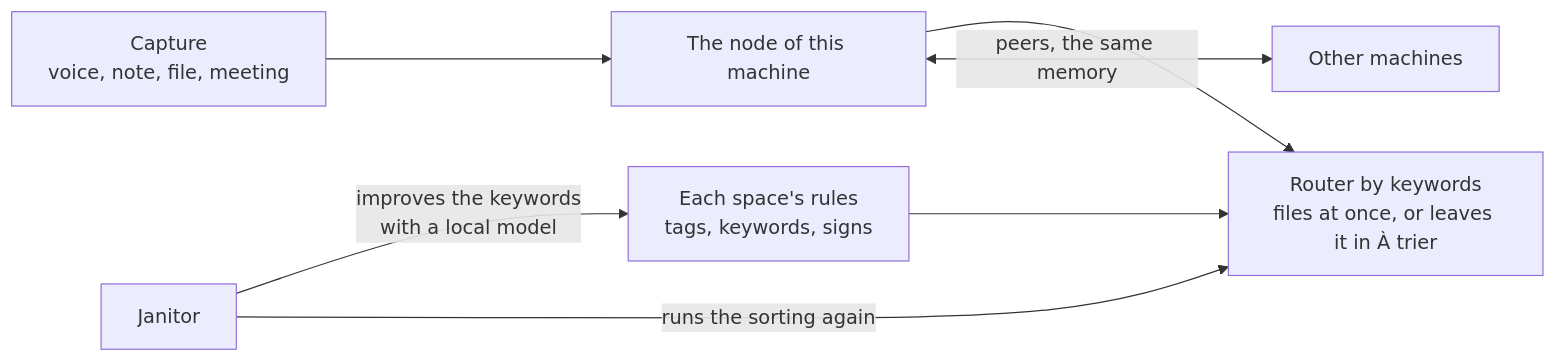
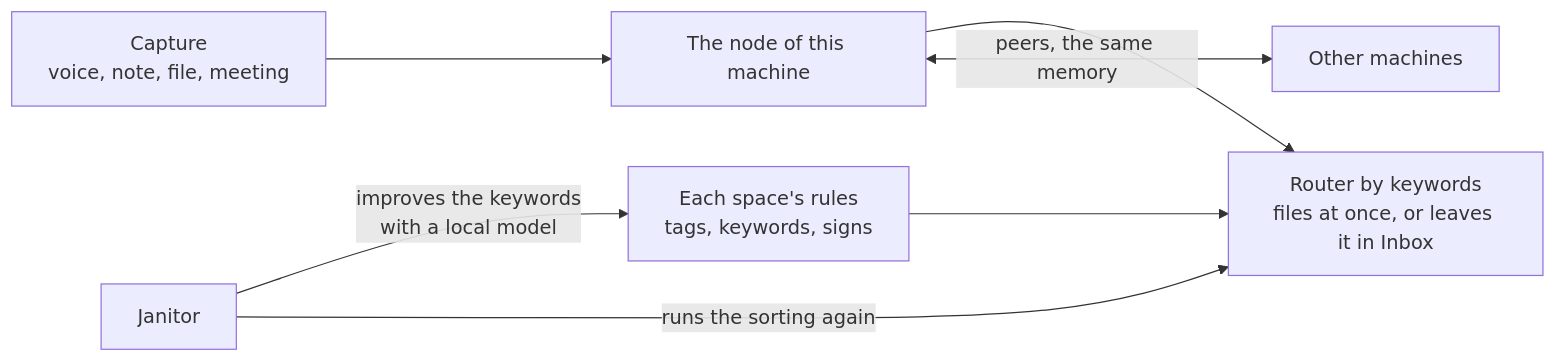
Before and after one commit to WilliamFriconneau/cartafolio-core: the third of 3 diagrams in docs/REFERENCE.md, drawn with Mermaid. The commit also changed other lines of this file and 102 other files, not shown here.

````diff
--- a/docs/REFERENCE.md
+++ b/docs/REFERENCE.md
@@ -53,9 +53,9 @@
 ```mermaid
 flowchart LR
   CAP["Capture<br/>voice, note, file, meeting"] --> N["The node of this machine"]
-  N --> RT["Router by keywords<br/>files at once, or leaves it in À trier"]
+  N --> RT["Router by keywords<br/>files at once, or leaves it in Inbox"]
   J["Janitor"] -- "improves the keywords<br/>with a local model" --> RU["Each space's rules<br/>tags, keywords, signs"]
   RU --> RT
   J -- "runs the sorting again" --> RT
   N <-- "peers, the same memory" --> P["Other machines"]
 ```
````
